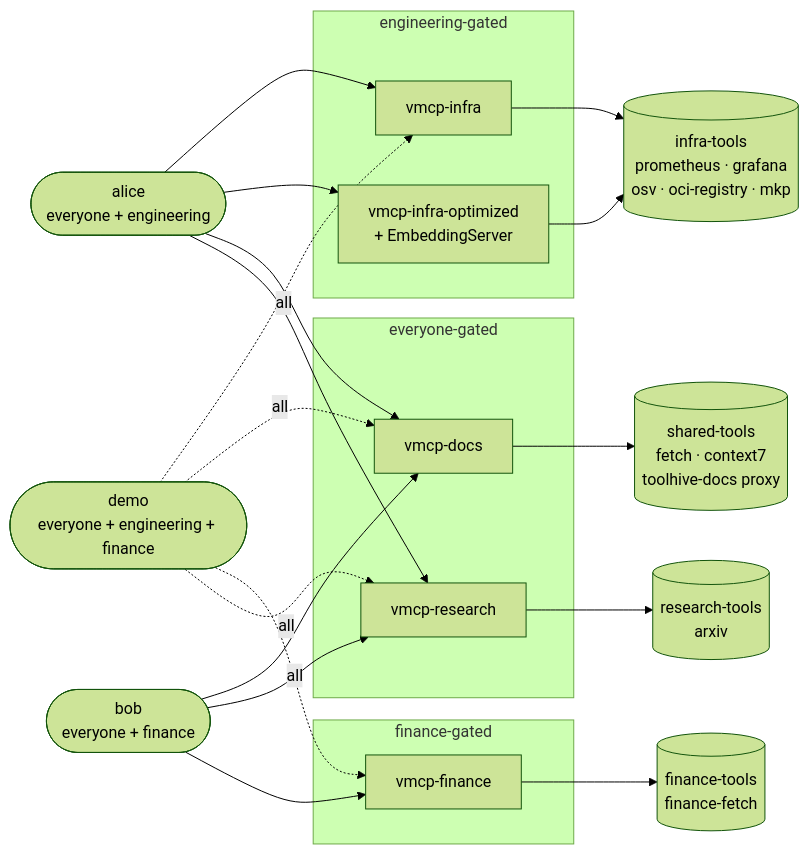
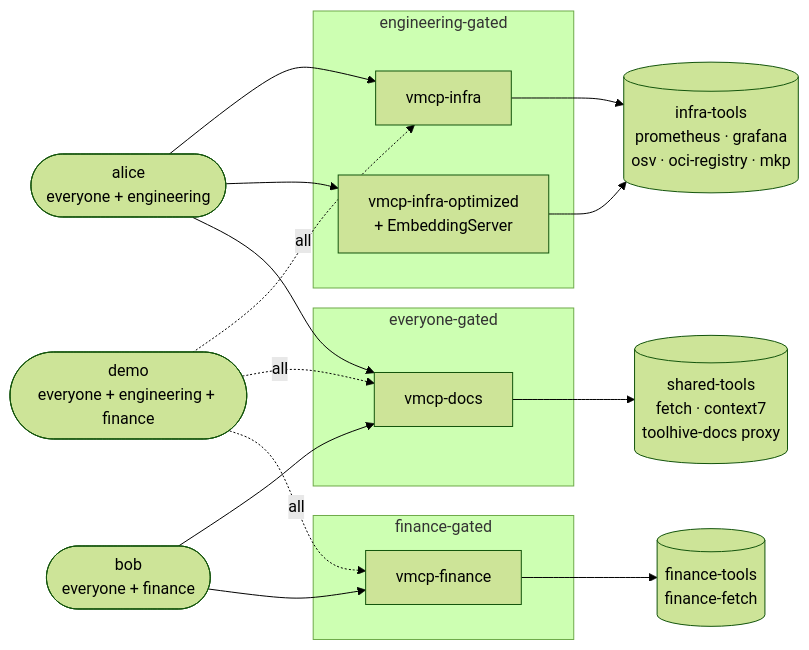
Before and after one commit to StacklokLabs/toolhive-demo-sandbox: the second of 4 diagrams in ARCHITECTURE.md, drawn with Mermaid (forest theme). The commit also changed 6 other files, not shown here.

First line of the commit message:
Replace arxiv composite demo with vmcp-platform showcase (#140)

````diff
--- a/ARCHITECTURE.md
+++ b/ARCHITECTURE.md
@@ -75,43 +75,37 @@
 ```mermaid
 graph LR
   alice([alice<br/>everyone + engineering])
   bob([bob<br/>everyone + finance])
   demo([demo<br/>everyone + engineering + finance])
 
   subgraph InfraGateways[engineering-gated]
     vmcpInfra[vmcp-infra]
     vmcpOpt[vmcp-infra-optimized<br/>+ EmbeddingServer]
   end
 
   subgraph SharedGateways[everyone-gated]
     vmcpDocs[vmcp-docs]
-    vmcpResearch[vmcp-research]
   end
 
   subgraph FinGateways[finance-gated]
     vmcpFin[vmcp-finance]
   end
 
   InfraTools[(infra-tools<br/>prometheus · grafana<br/>osv · oci-registry · mkp)]
   SharedTools[(shared-tools<br/>fetch · context7<br/>toolhive-docs proxy)]
-  ResearchTools[(research-tools<br/>arxiv)]
   FinTools[(finance-tools<br/>finance-fetch)]
 
   alice --> vmcpInfra
   alice --> vmcpOpt
   alice --> vmcpDocs
-  alice --> vmcpResearch
   bob --> vmcpDocs
-  bob --> vmcpResearch
   bob --> vmcpFin
   demo -.all.-> vmcpInfra
   demo -.all.-> vmcpDocs
   demo -.all.-> vmcpFin
-  demo -.all.-> vmcpResearch
 
   vmcpInfra --> InfraTools
   vmcpOpt --> InfraTools
   vmcpDocs --> SharedTools
-  vmcpResearch --> ResearchTools
   vmcpFin --> FinTools
 ```
````
